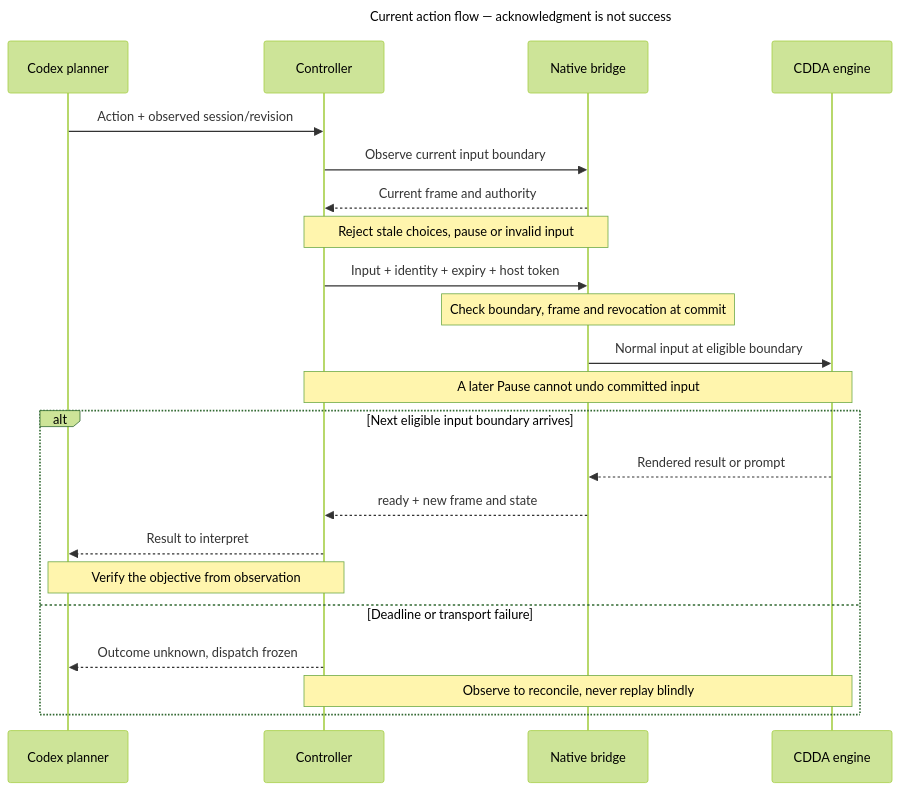
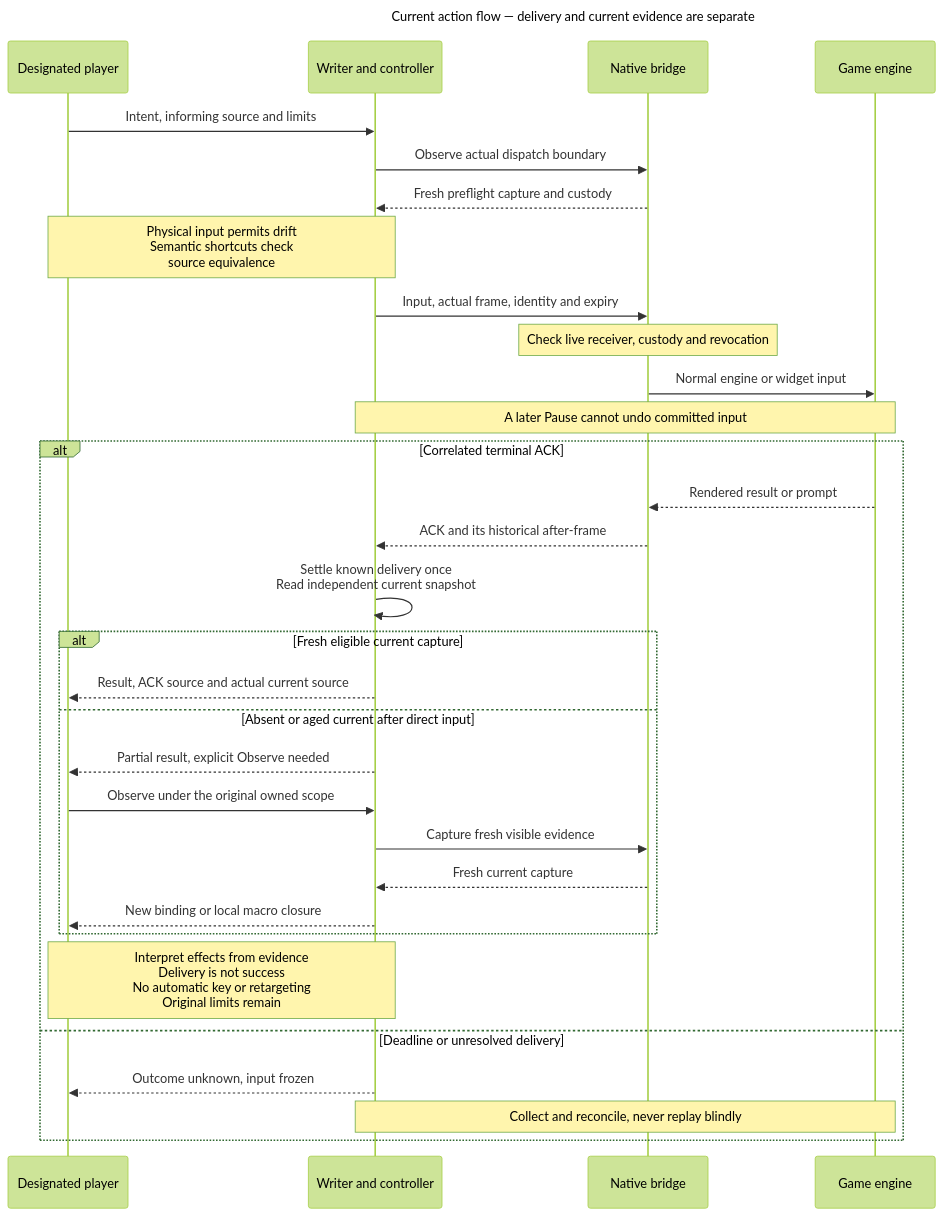
The diagram in docs/diagrams/action.mmd (CVX-Hull/enactive), drawn with Mermaid (forest theme) before and after one commit. The commit also changed 300 other files, not shown here.

First line of the commit message:
Integrate organic discovery, learning and reviewable architecture (#180)

```diff
--- a/docs/diagrams/action.mmd
+++ b/docs/diagrams/action.mmd
@@ -1,27 +1,36 @@
 ---
-title: Current action flow — acknowledgment is not success
+title: Current action flow — delivery and current evidence are separate
 ---
 sequenceDiagram
-  accTitle: Current bounded action and its possible outcome
-  accDescr: The planner chooses from an observation. The controller checks current authority without refreshing a stale choice. The native bridge validates and dispatches normal input. A ready response means another input boundary, not objective success. A deadline produces uncertainty and frozen remote dispatch; no automatic retry.
-  participant P as Codex planner
-  participant C as Controller
+  accTitle: Physical or semantic input through one writer
+  accDescr: The player chooses an intent and informing source. The writer and controller capture actual dispatch evidence. Physical input permits visual drift under unchanged custody; semantic shortcuts retain their equivalence checks. Native commit validates the actual receiver and authority. A correlated ACK settles delivery once as historical evidence, never objective success or current authority. A separate current snapshot can support the next decision. If it is absent or aged after direct input, the player must explicitly Observe before another input. Original scope and costs remain. Unknown delivery freezes input and is never blindly replayed.
+  participant P as Designated player
+  participant C as Writer and controller
   participant B as Native bridge
-  participant G as CDDA engine
-  P->>C: Action + observed session/revision
-  C->>B: Observe current input boundary
-  B-->>C: Current frame and authority
-  Note over C,B: Reject stale choices, pause or invalid input
-  C->>B: Input + identity + expiry + host token
-  Note over B: Check boundary, frame and revocation at commit
-  B->>G: Normal input at eligible boundary
+  participant G as Game engine
+  P->>C: Intent, informing source and limits
+  C->>B: Observe actual dispatch boundary
+  B-->>C: Fresh preflight capture and custody
+  Note over P,C: Physical input permits drift<br/>Semantic shortcuts check<br/>source equivalence
+  C->>B: Input, actual frame, identity and expiry
+  Note over B: Check live receiver, custody and revocation
+  B->>G: Normal engine or widget input
   Note over C,G: A later Pause cannot undo committed input
-  alt Next eligible input boundary arrives
+  alt Correlated terminal ACK
     G-->>B: Rendered result or prompt
-    B-->>C: ready + new frame and state
-    C-->>P: Result to interpret
-    Note over P,C: Verify the objective from observation
-  else Deadline or transport failure
-    C-->>P: Outcome unknown, dispatch frozen
-    Note over C,G: Observe to reconcile, never replay blindly
+    B-->>C: ACK and its historical after-frame
+    C->>C: Settle known delivery once<br/>Read independent current snapshot
+    alt Fresh eligible current capture
+      C-->>P: Result, ACK source and actual current source
+    else Absent or aged current after direct input
+      C-->>P: Partial result, explicit Observe needed
+      P->>C: Observe under the original owned scope
+      C->>B: Capture fresh visible evidence
+      B-->>C: Fresh current capture
+      C-->>P: New binding or local macro closure
+    end
+    Note over P,C: Interpret effects from evidence<br/>Delivery is not success<br/>No automatic key or retargeting<br/>Original limits remain
+  else Deadline or unresolved delivery
+    C-->>P: Outcome unknown, input frozen
+    Note over C,G: Collect and reconcile, never replay blindly
   end
```
